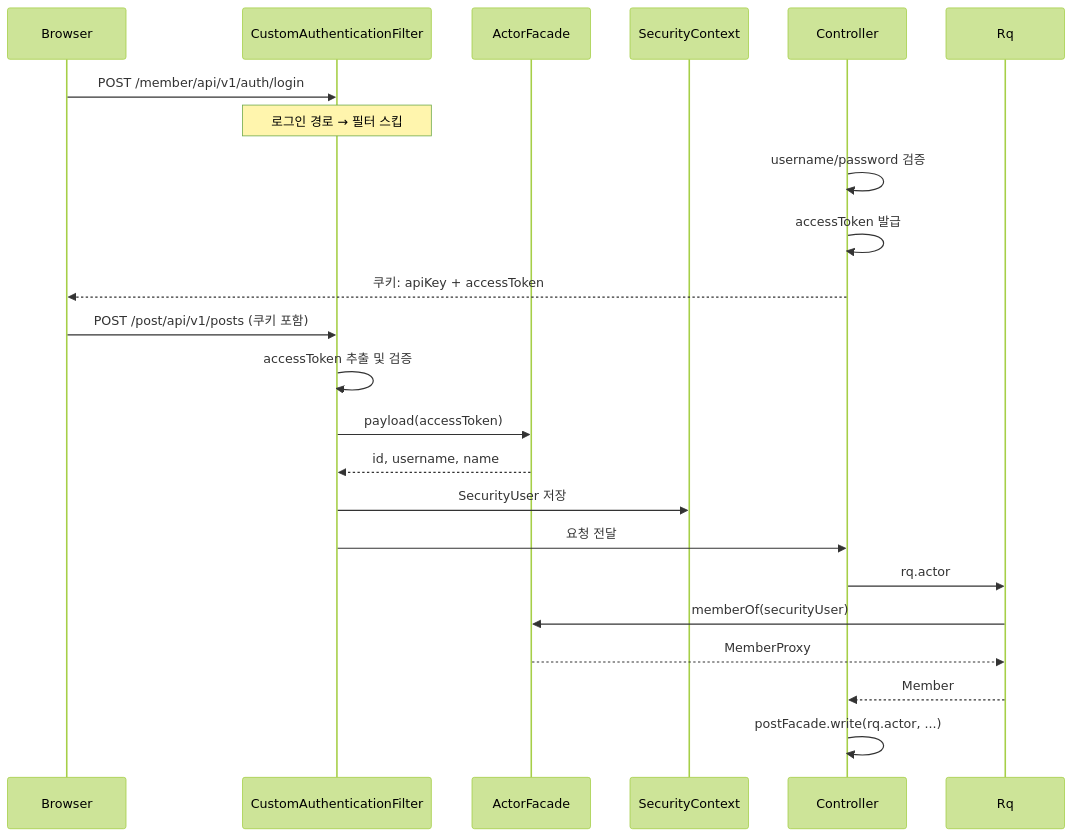
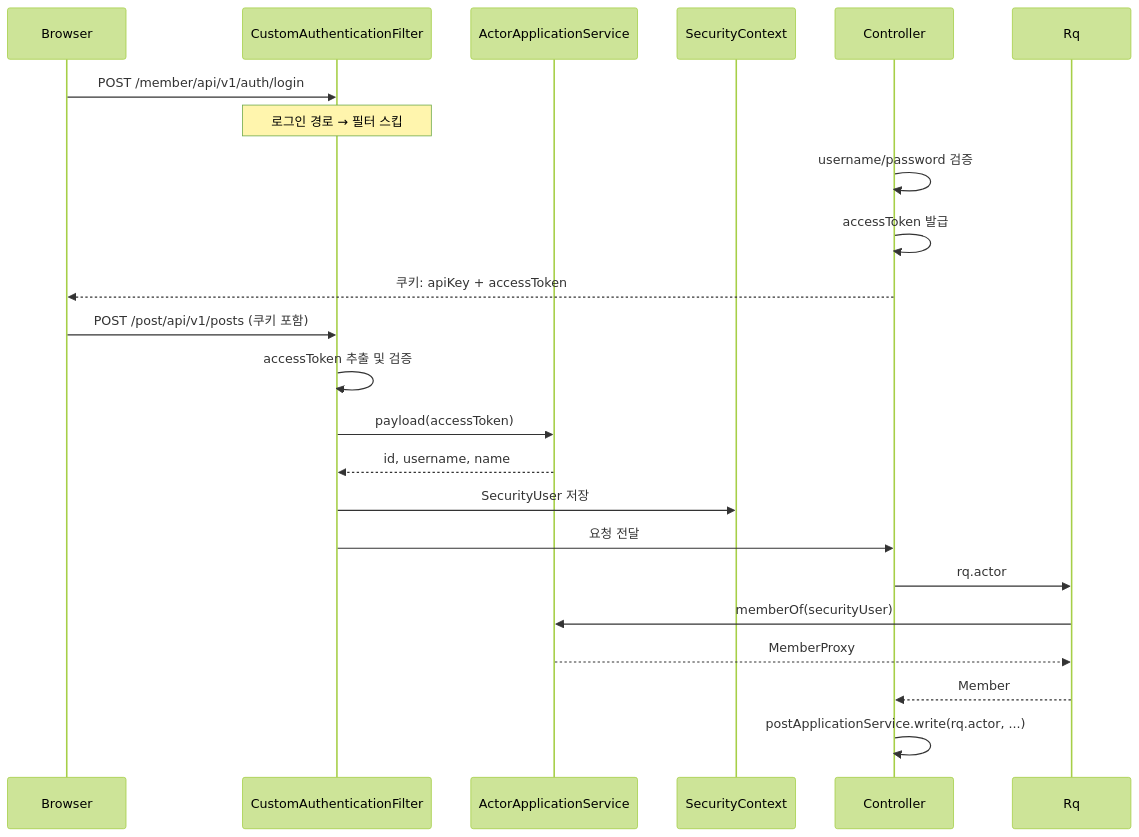
Before and after one commit to AquilaXk/aquila-blog: the seventh of 7 diagrams in back/README.md, drawn with Mermaid (forest theme). The commit also changed other lines of this file and 2 other files, not shown here.

````diff
--- a/back/README.md
+++ b/back/README.md
@@ -2789,27 +2792,27 @@
 ```mermaid
 sequenceDiagram
     participant Browser
     participant Filter as CustomAuthenticationFilter
-    participant AF as ActorFacade
+    participant AF as ActorApplicationService
     participant SC as SecurityContext
     participant CT as Controller
     participant RQ as Rq
 
     Browser->>Filter: POST /member/api/v1/auth/login
     Note over Filter: 로그인 경로 → 필터 스킵
     CT->>CT: username/password 검증
     CT->>CT: accessToken 발급
     CT-->>Browser: 쿠키: apiKey + accessToken
 
     Browser->>Filter: POST /post/api/v1/posts (쿠키 포함)
     Filter->>Filter: accessToken 추출 및 검증
     Filter->>AF: payload(accessToken)
     AF-->>Filter: id, username, name
     Filter->>SC: SecurityUser 저장
     Filter->>CT: 요청 전달
     CT->>RQ: rq.actor
     RQ->>AF: memberOf(securityUser)
     AF-->>RQ: MemberProxy
     RQ-->>CT: Member
-    CT->>CT: postFacade.write(rq.actor, ...)
+    CT->>CT: postApplicationService.write(rq.actor, ...)
 ```
````
